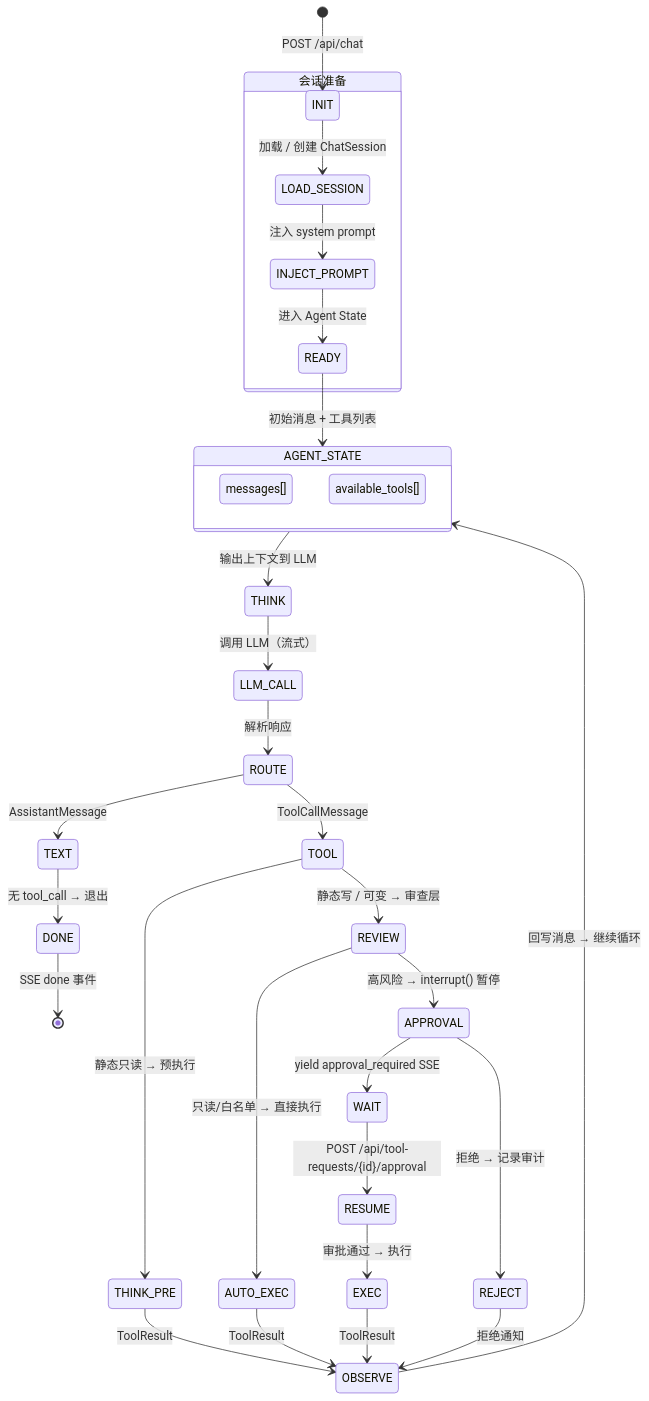
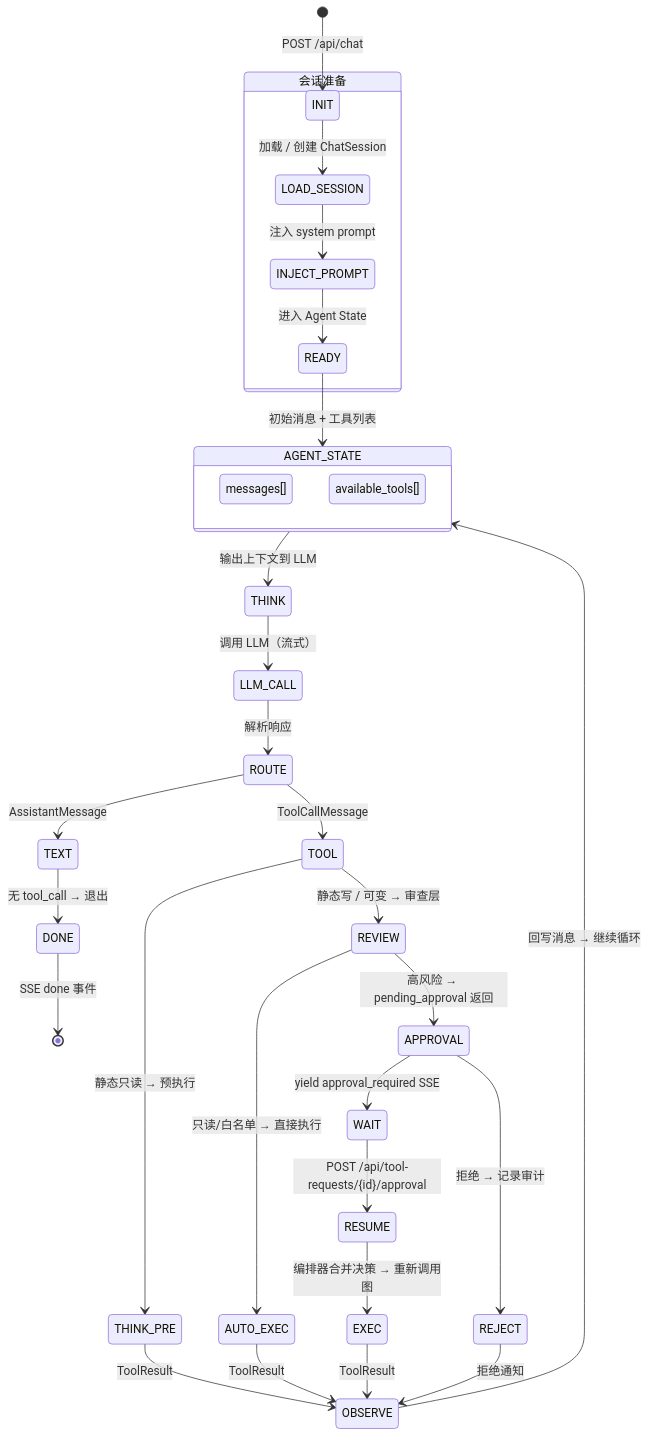
Before and after one commit to nazzeDe/alascup-agent: the third of 14 diagrams in web-server/graph.md, drawn with Mermaid. The commit also changed other lines of this file and 35 other files, not shown here.

````diff
--- a/web-server/graph.md
+++ b/web-server/graph.md
@@ -233,46 +233,46 @@
 ```mermaid
 stateDiagram-v2
     [*] --> INIT: POST /api/chat
 
     state "会话准备" as PREP {
         INIT --> LOAD_SESSION: 加载 / 创建 ChatSession
         LOAD_SESSION --> INJECT_PROMPT: 注入 system prompt
         INJECT_PROMPT --> READY: 进入 Agent State
     }
 
     READY --> AGENT_STATE: 初始消息 + 工具列表
 
     state AGENT_STATE {
         MSGS: messages[]
         TOOLS: available_tools[]
     }
 
     AGENT_STATE --> THINK: 输出上下文到 LLM
     THINK --> LLM_CALL: 调用 LLM（流式）
     LLM_CALL --> ROUTE: 解析响应
 
     ROUTE --> TEXT: AssistantMessage
     ROUTE --> TOOL: ToolCallMessage
 
     TEXT --> DONE: 无 tool_call → 退出
     DONE --> [*]: SSE done 事件
 
     TOOL --> THINK_PRE: 静态只读 → 预执行
     TOOL --> REVIEW: 静态写 / 可变 → 审查层
 
     THINK_PRE --> OBSERVE: ToolResult
 
     REVIEW --> AUTO_EXEC: 只读/白名单 → 直接执行
-    REVIEW --> APPROVAL: 高风险 → interrupt() 暂停
+    REVIEW --> APPROVAL: 高风险 → pending_approval 返回
 
     APPROVAL --> WAIT: yield approval_required SSE
     WAIT --> RESUME: POST /api/tool-requests/{id}/approval
-    RESUME --> EXEC: 审批通过 → 执行
+    RESUME --> EXEC: 编排器合并决策 → 重新调用图
 
     AUTO_EXEC --> OBSERVE: ToolResult
     EXEC --> OBSERVE: ToolResult
     APPROVAL --> REJECT: 拒绝 → 记录审计
     REJECT --> OBSERVE: 拒绝通知
 
     OBSERVE --> AGENT_STATE: 回写消息 → 继续循环
 ```
````
